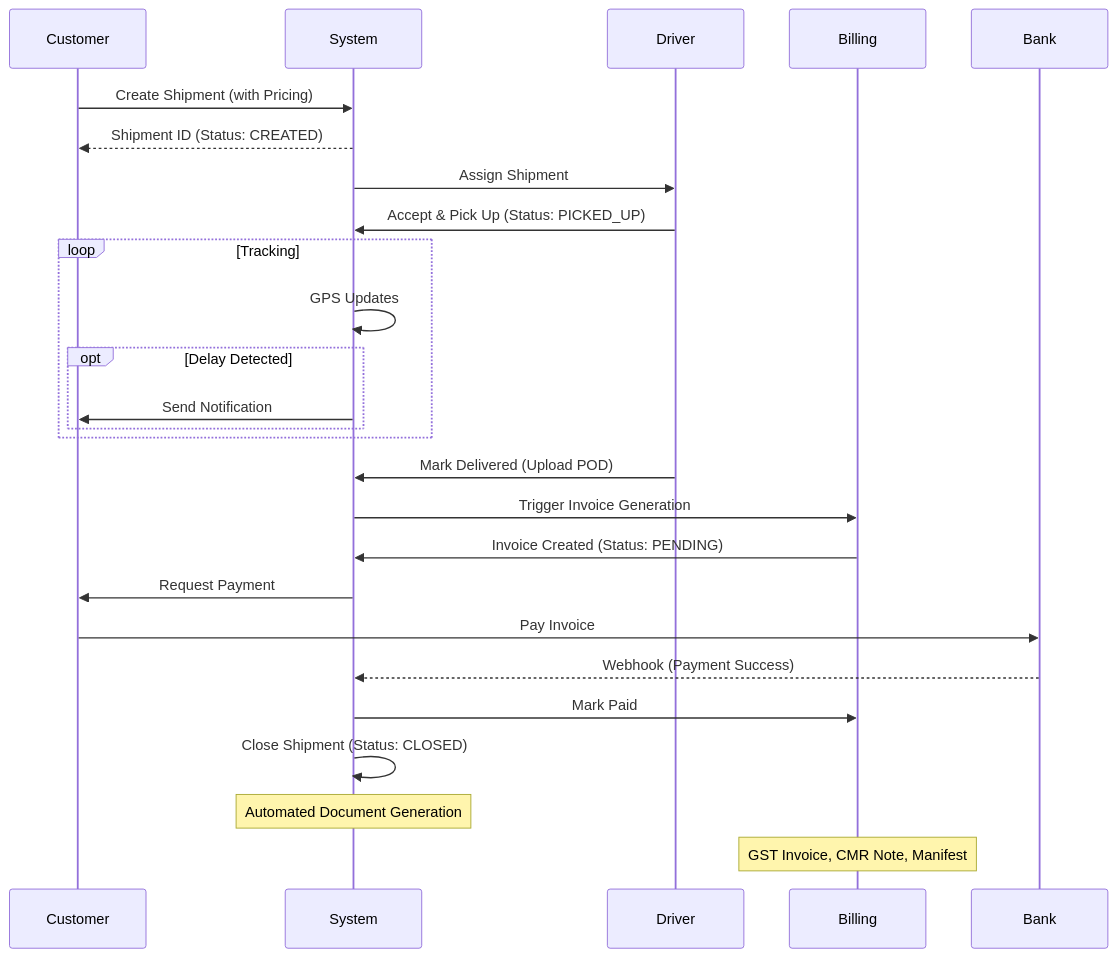
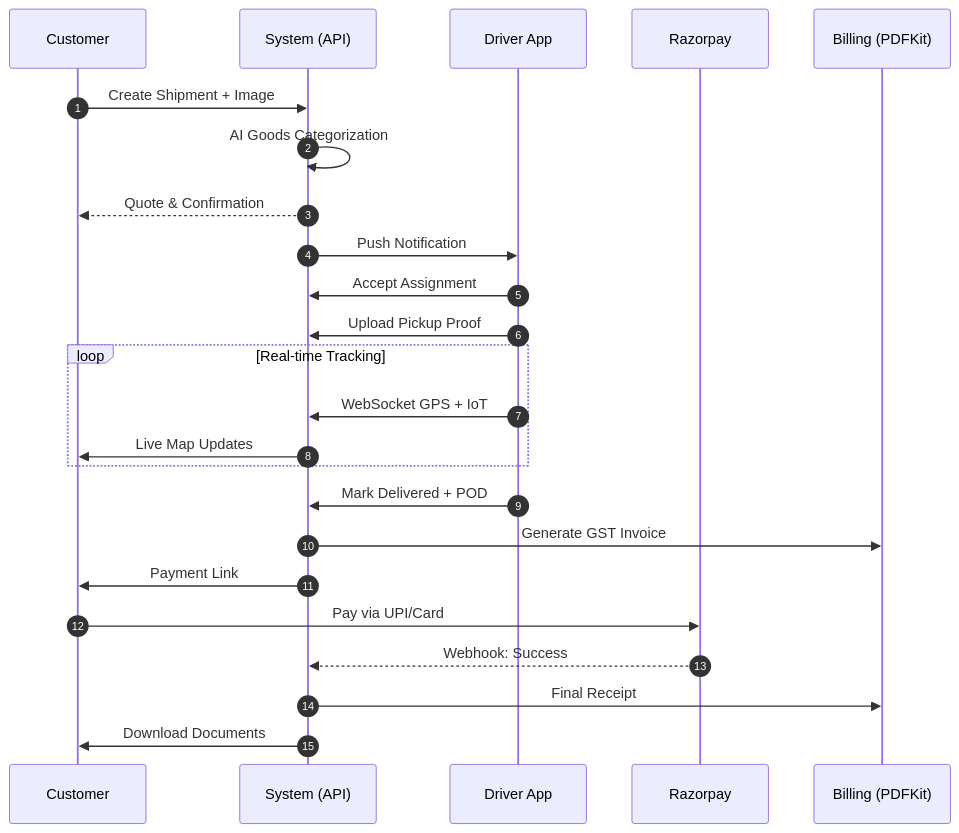
The third of 6 diagrams in COMPREHENSIVE_REPORT.md (saahil-007/JSHS_Logistics), drawn with Mermaid before and after one commit. The commit also changed other lines of this file and 21 other files, not shown here.

````diff
--- a/COMPREHENSIVE_REPORT.md
+++ b/COMPREHENSIVE_REPORT.md
@@ -130,33 +124,27 @@
 ```mermaid
 sequenceDiagram
-    participant Customer
-    participant System
-    participant Driver
-    participant Billing
-    participant Bank
+    autonumber
+    participant C as Customer
+    participant S as System (API)
+    participant D as Driver App
+    participant P as Razorpay
+    participant B as Billing (PDFKit)
 
-    Customer->>System: Create Shipment (with Pricing)
-    System-->>Customer: Shipment ID (Status: CREATED)
-    System->>Driver: Assign Shipment
-    Driver->>System: Accept & Pick Up (Status: PICKED_UP)
-    
-    loop Tracking
-        System->>System: GPS Updates
-        opt Delay Detected
-           System->>Customer: Send Notification
-        end
+    C->>S: Create Shipment + Image
+    S->>S: AI Goods Categorization
+    S-->>C: Quote & Confirmation
+    S->>D: Push Notification
+    D->>S: Accept Assignment
+    D->>S: Upload Pickup Proof
+    loop Real-time Tracking
+        D->>S: WebSocket GPS + IoT
+        S->>C: Live Map Updates
     end
-
-    Driver->>System: Mark Delivered (Upload POD)
-    System->>Billing: Trigger Invoice Generation
-    Billing->>System: Invoice Created (Status: PENDING)
-    
-    System->>Customer: Request Payment
-    Customer->>Bank: Pay Invoice
-    Bank-->>System: Webhook (Payment Success)
-    System->>Billing: Mark Paid
-    System->>System: Close Shipment (Status: CLOSED)
-    
-    note over System: Automated Document Generation
-    note over Billing: GST Invoice, CMR Note, Manifest
+    D->>S: Mark Delivered + POD
+    S->>B: Generate GST Invoice
+    S->>C: Payment Link
+    C->>P: Pay via UPI/Card
+    P-->>S: Webhook: Success
+    S->>B: Final Receipt
+    S->>C: Download Documents
 ```
````
